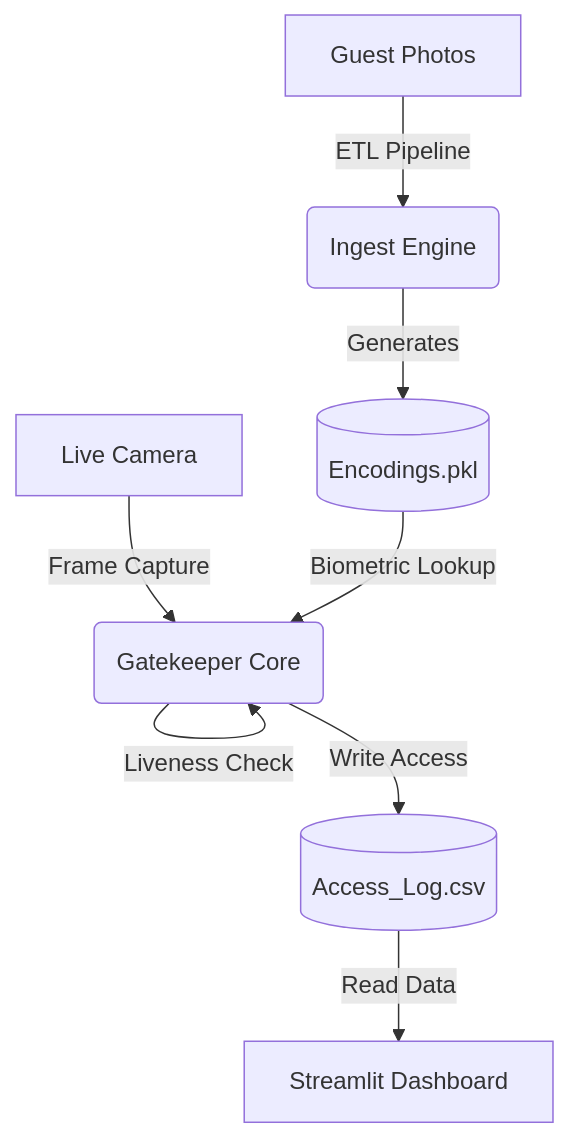
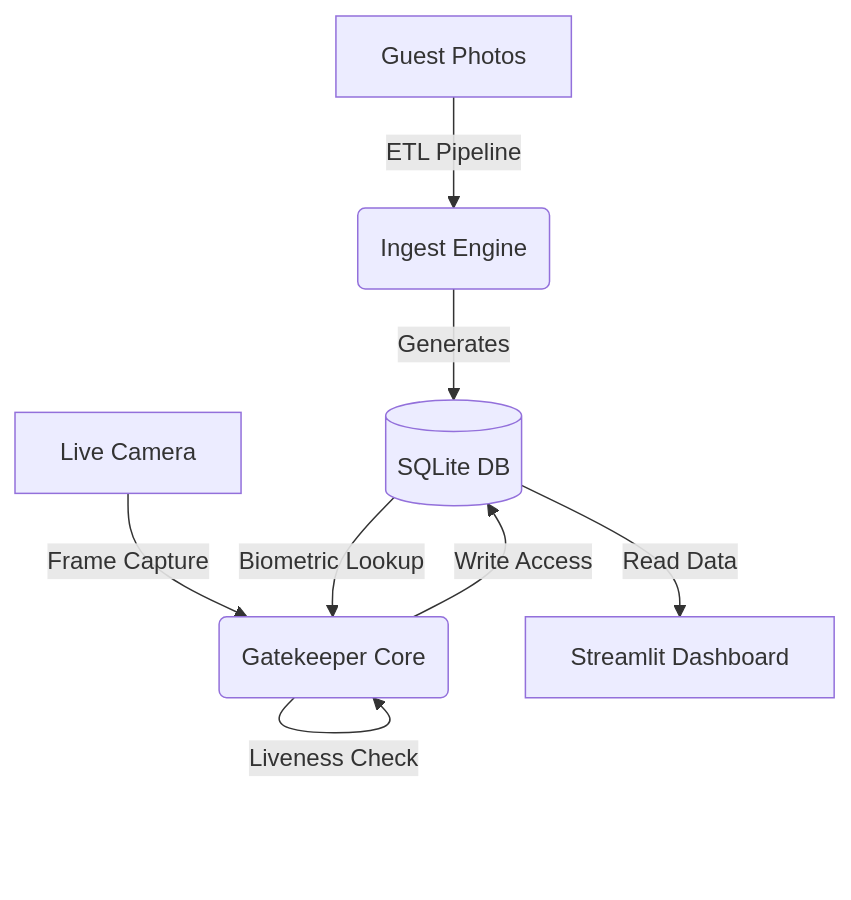
One commit to Dotunbey/EventGuard_Attendance_Taker changed the diagram in README.md. Above: the diagram before and after it, drawn with Mermaid. The commit also changed other lines of this file and 13 other files, not shown here.

First line of the commit message:
Fix critical security vulnerabilities and architectural issues

````diff
--- a/README.md
+++ b/README.md
@@ -26,11 +14,10 @@
 ```mermaid
 graph TD
     A[Guest Photos] -->|ETL Pipeline| B(Ingest Engine)
-    B -->|Generates| C[(Encodings.pkl)]
+    B -->|Generates| C[(SQLite DB)]
     D[Live Camera] -->|Frame Capture| E(Gatekeeper Core)
     C -->|Biometric Lookup| E
     E -->|Liveness Check| E
-    E -->|Write Access| F[(Access_Log.csv)]
-    F -->|Read Data| G[Streamlit Dashboard]
-
+    E -->|Write Access| C
+    C -->|Read Data| G[Streamlit Dashboard]
 ```
````
